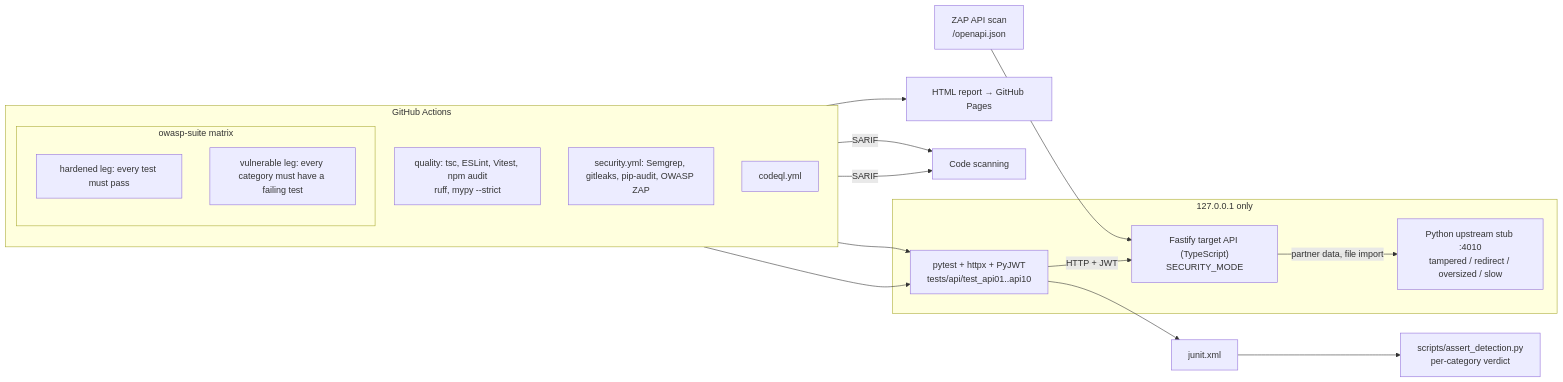
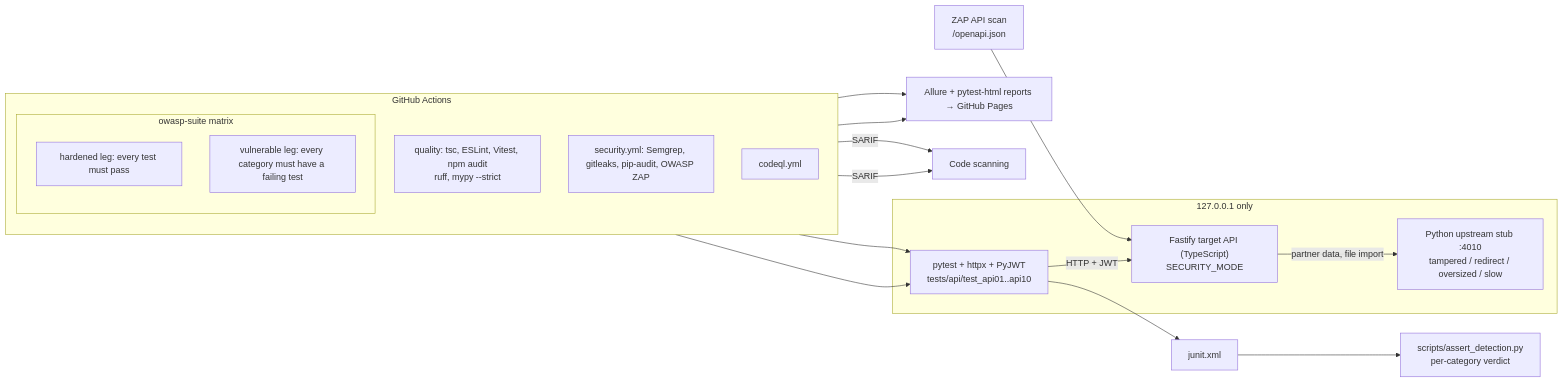
One commit to yonduudontaxx/api-security-test-suite changed the diagram in README.md. Above: the diagram before and after it, drawn with Mermaid. The commit also changed other lines of this file and 15 other files, not shown here.

First line of the commit message:
Publish Allure reports for both targets, run CI daily, and override minimatch (#4)

````diff
--- a/README.md
+++ b/README.md
@@ -17,26 +25,27 @@
 ```mermaid
 flowchart LR
   subgraph CI["GitHub Actions"]
     direction TB
     Q["quality: tsc, ESLint, Vitest, npm audit<br/>ruff, mypy --strict"]
     subgraph M["owasp-suite matrix"]
       H["hardened leg: every test must pass"]
       V["vulnerable leg: every category must have a failing test"]
     end
     S["security.yml: Semgrep, gitleaks, pip-audit, OWASP ZAP"]
     C["codeql.yml"]
   end
 
   subgraph Runtime["127.0.0.1 only"]
     PW["pytest + httpx + PyJWT<br/>tests/api/test_api01..api10"] -->|HTTP + JWT| API["Fastify target API (TypeScript)<br/>SECURITY_MODE"]
     API -->|partner data, file import| UP["Python upstream stub :4010<br/>tampered / redirect / oversized / slow"]
   end
 
   H --> PW
   V --> PW
   PW --> JSON["junit.xml"] --> A["scripts/assert_detection.py<br/>per-category verdict"]
-  H --> R["HTML report → GitHub Pages"]
+  H --> R["Allure + pytest-html reports → GitHub Pages"]
+  V --> R
   S -->|SARIF| CS["Code scanning"]
   C -->|SARIF| CS
   ZAP["ZAP API scan<br/>/openapi.json"] --> API
 ```
````
